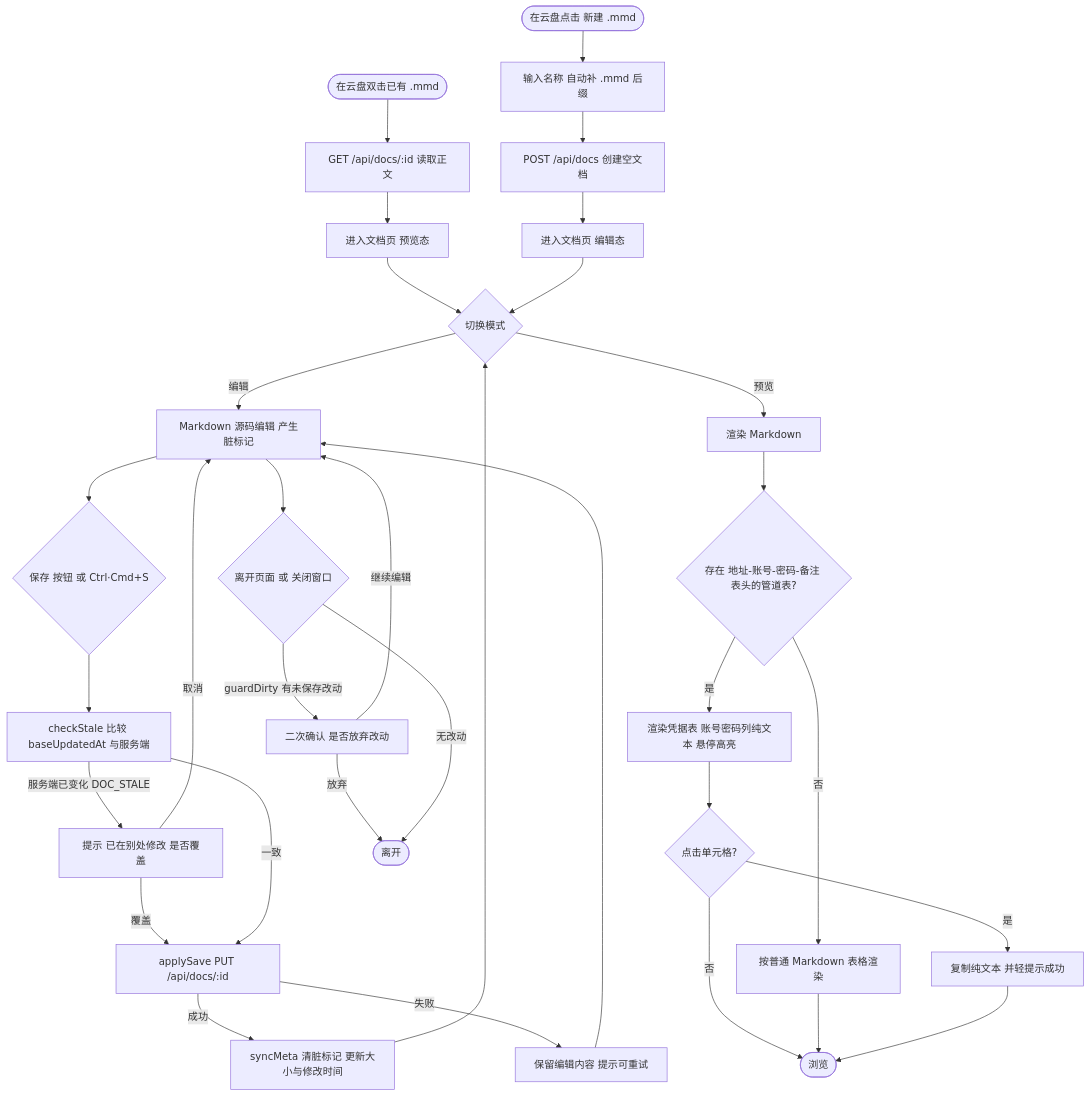
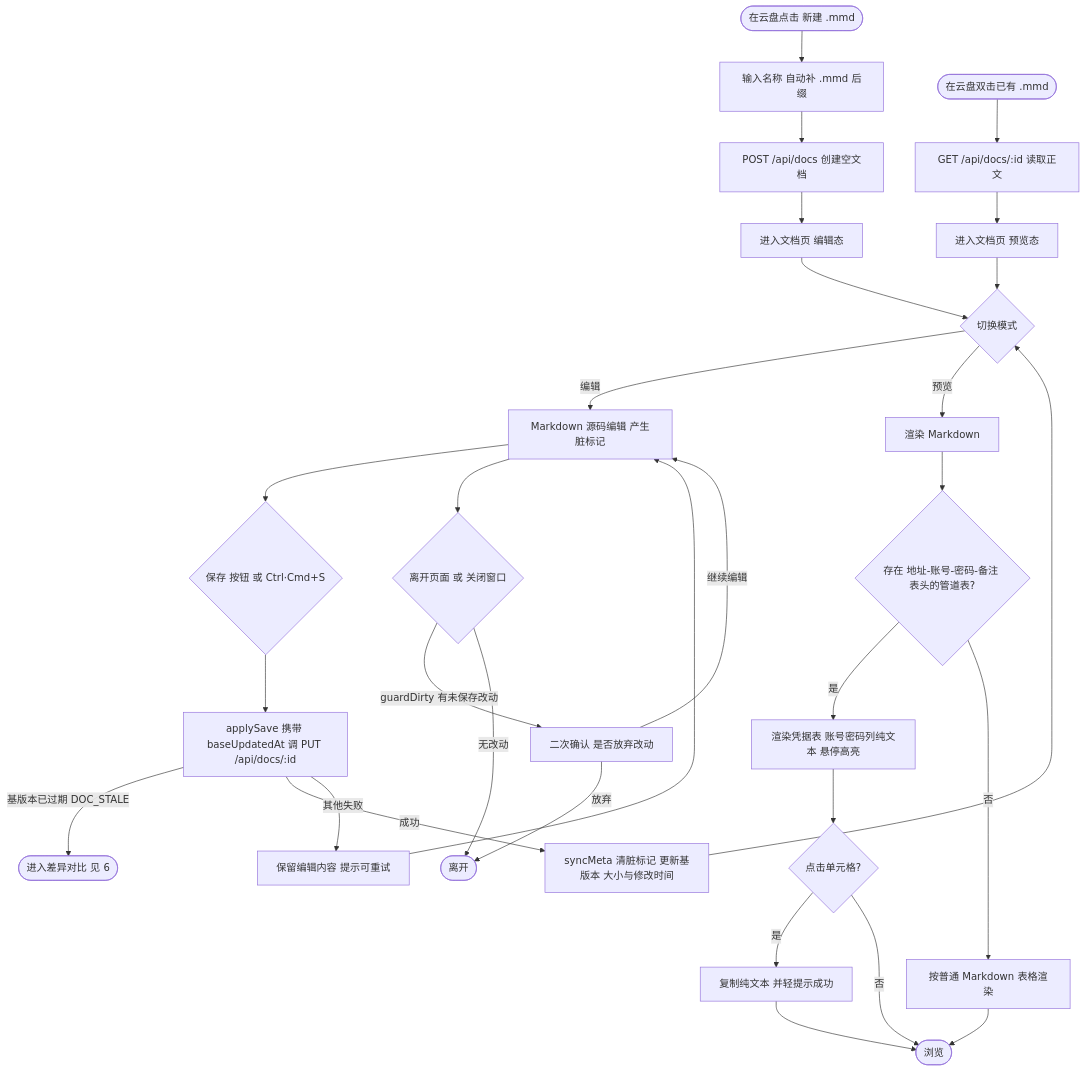
One commit to a327921510/my-notes changed the fifth of 8 diagrams in docs/用户流程图.md. Above: the diagram before and after it, drawn with Mermaid. The commit also changed other lines of this file and 3 other files, not shown here.

````diff
--- a/docs/用户流程图.md
+++ b/docs/用户流程图.md
@@ -143,39 +143,36 @@
 ```mermaid
 flowchart TD
   A([在云盘点击 新建 .mmd]) --> B[输入名称 自动补 .mmd 后缀]
   B --> C[POST /api/docs 创建空文档]
   C --> D[进入文档页 编辑态]
 
   E([在云盘双击已有 .mmd]) --> F[GET /api/docs/:id 读取正文]
   F --> G[进入文档页 预览态]
 
   G --> H{切换模式}
   D --> H
   H -->|编辑| I[Markdown 源码编辑 产生脏标记]
   H -->|预览| J[渲染 Markdown]
   J --> K{存在 地址-账号-密码-备注 表头的管道表?}
   K -->|是| L[渲染凭据表 账号密码列纯文本 悬停高亮]
   K -->|否| M[按普通 Markdown 表格渲染]
   L --> N{点击单元格?}
   N -->|是| O[复制纯文本 并轻提示成功]
   N -->|否| P([浏览])
   M --> P
   O --> P
 
   I --> Q{保存 按钮 或 Ctrl·Cmd+S}
-  Q --> R[checkStale 比较 baseUpdatedAt 与服务端]
-  R -->|服务端已变化 DOC_STALE| S[提示 已在别处修改 是否覆盖]
-  S -->|取消| I
-  S -->|覆盖| T[applySave PUT /api/docs/:id]
-  R -->|一致| T
-  T -->|成功| U[syncMeta 清脏标记 更新大小与修改时间]
-  T -->|失败| V[保留编辑内容 提示可重试]
-  V --> I
-  U --> H
+  Q --> R[applySave 携带 baseUpdatedAt 调 PUT /api/docs/:id]
+  R -->|基版本已过期 DOC_STALE| S([进入差异对比 见 6])
+  R -->|成功| T[syncMeta 清脏标记 更新基版本 大小与修改时间]
+  R -->|其他失败| U[保留编辑内容 提示可重试]
+  U --> I
+  T --> H
 
-  I --> W{离开页面 或 关闭窗口}
-  W -->|guardDirty 有未保存改动| X[二次确认 是否放弃改动]
-  X -->|放弃| Y([离开])
-  X -->|继续编辑| I
-  W -->|无改动| Y
+  I --> V{离开页面 或 关闭窗口}
+  V -->|guardDirty 有未保存改动| W[二次确认 是否放弃改动]
+  W -->|放弃| X([离开])
+  W -->|继续编辑| I
+  V -->|无改动| X
 ```
````
